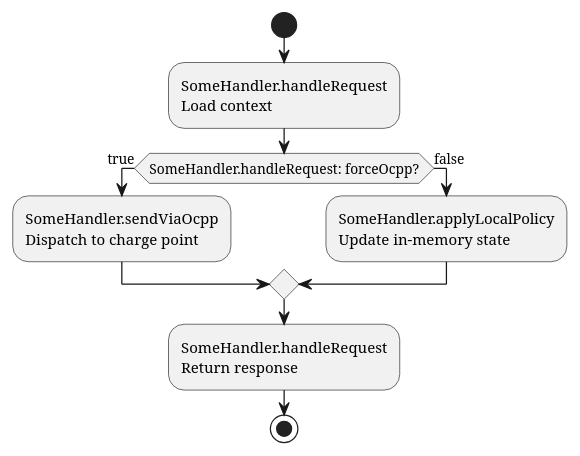
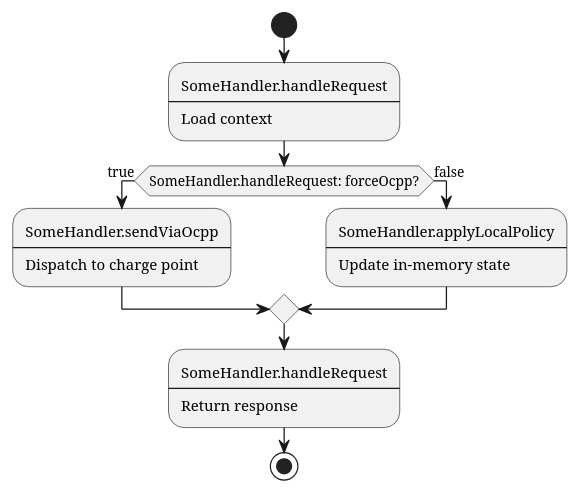
The second of 3 diagrams in tool--plantuml-activity-tree/examples.md (machingclee/my-skills), drawn with PlantUML before and after one commit. The commit also changed other lines of this file and 1 other file, not shown here.

````diff
--- a/tool--plantuml-activity-tree/examples.md
+++ b/tool--plantuml-activity-tree/examples.md
@@ -47,17 +52,21 @@
 ```plantuml
 @startuml
 start
 :SomeHandler.handleRequest
+----
 Load context;
 if (SomeHandler.handleRequest: forceOcpp?) then (true)
   :SomeHandler.sendViaOcpp
-  Dispatch to charge point;
+----
+Dispatch to charge point;
 else (false)
   :SomeHandler.applyLocalPolicy
-  Update in-memory state;
+----
+Update in-memory state;
 endif
 :SomeHandler.handleRequest
+----
 Return response;
 stop
 @enduml
 ```
````
